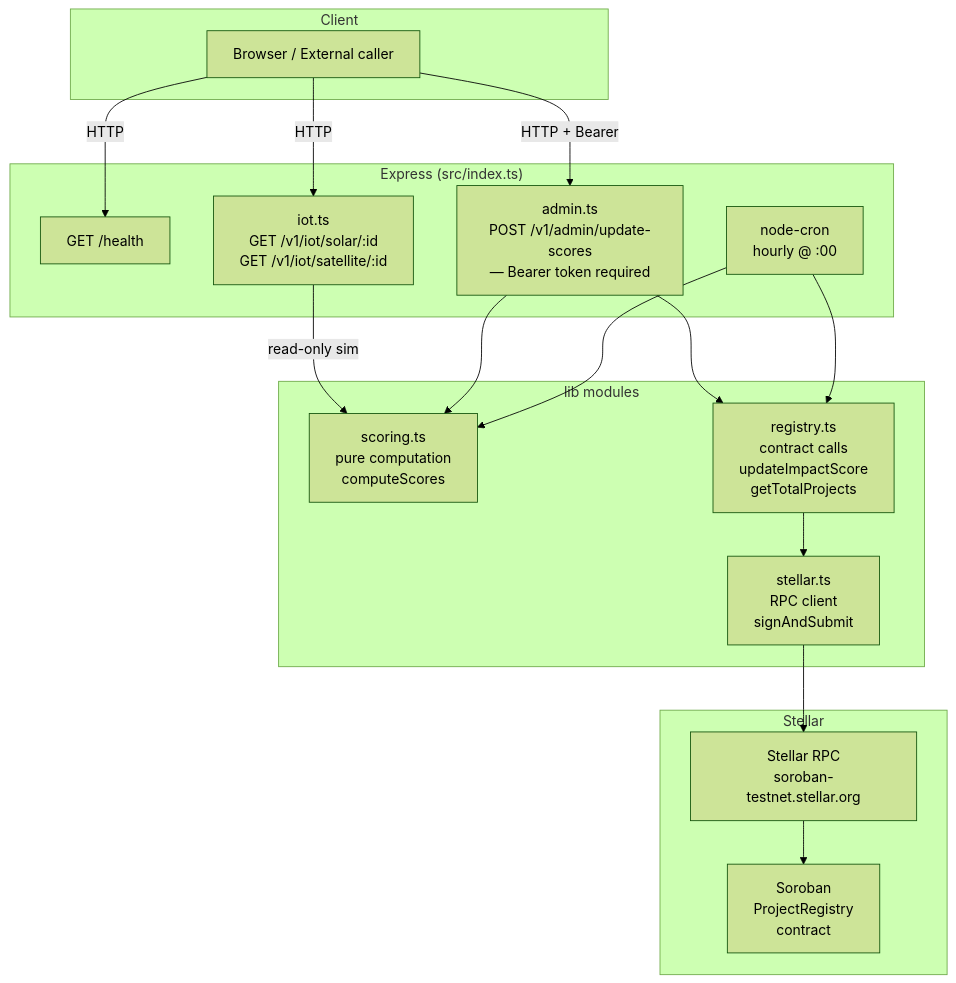
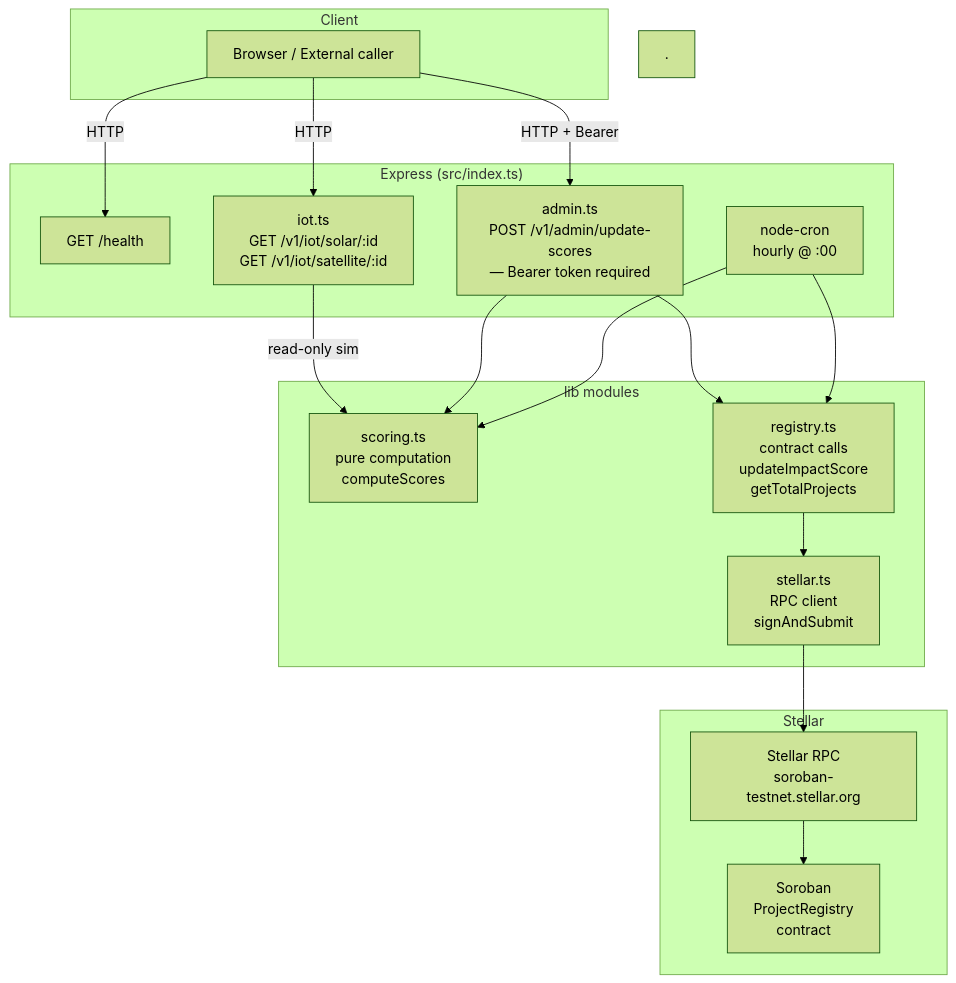
The diagram in README.md (Heliobond/backend), drawn with Mermaid (forest theme) before and after one commit.

Commit message:
Update logic
Closes #1084
Closes #1082

````diff
--- a/README.md
+++ b/README.md
@@ -18,38 +18,38 @@
 ```mermaid
 flowchart TD
     subgraph Client
         A[Browser / External caller]
-    end
+    end.
 
     subgraph Express["Express (src/index.ts)"]
         H[GET /health]
         IOT[iot.ts\nGET /v1/iot/solar/:id\nGET /v1/iot/satellite/:id]
         ADMIN[admin.ts\nPOST /v1/admin/update-scores\n— Bearer token required]
         CRON[node-cron\nhourly @ :00]
     end
 
     subgraph Lib["lib modules"]
         SC[scoring.ts\npure computation\ncomputeScores]
         ST[stellar.ts\nRPC client\nsignAndSubmit]
         REG[registry.ts\ncontract calls\nupdateImpactScore\ngetTotalProjects]
     end
 
     subgraph Stellar
         RPC[Stellar RPC\nsoroban-testnet.stellar.org]
         CONTRACT[Soroban\nProjectRegistry\ncontract]
     end
 
     A -->|HTTP| H
     A -->|HTTP| IOT
     A -->|HTTP + Bearer| ADMIN
 
     IOT -->|read-only sim| SC
     ADMIN --> SC
     ADMIN --> REG
     CRON --> SC
     CRON --> REG
 
     REG --> ST
     ST --> RPC
     RPC --> CONTRACT
 ```
````
